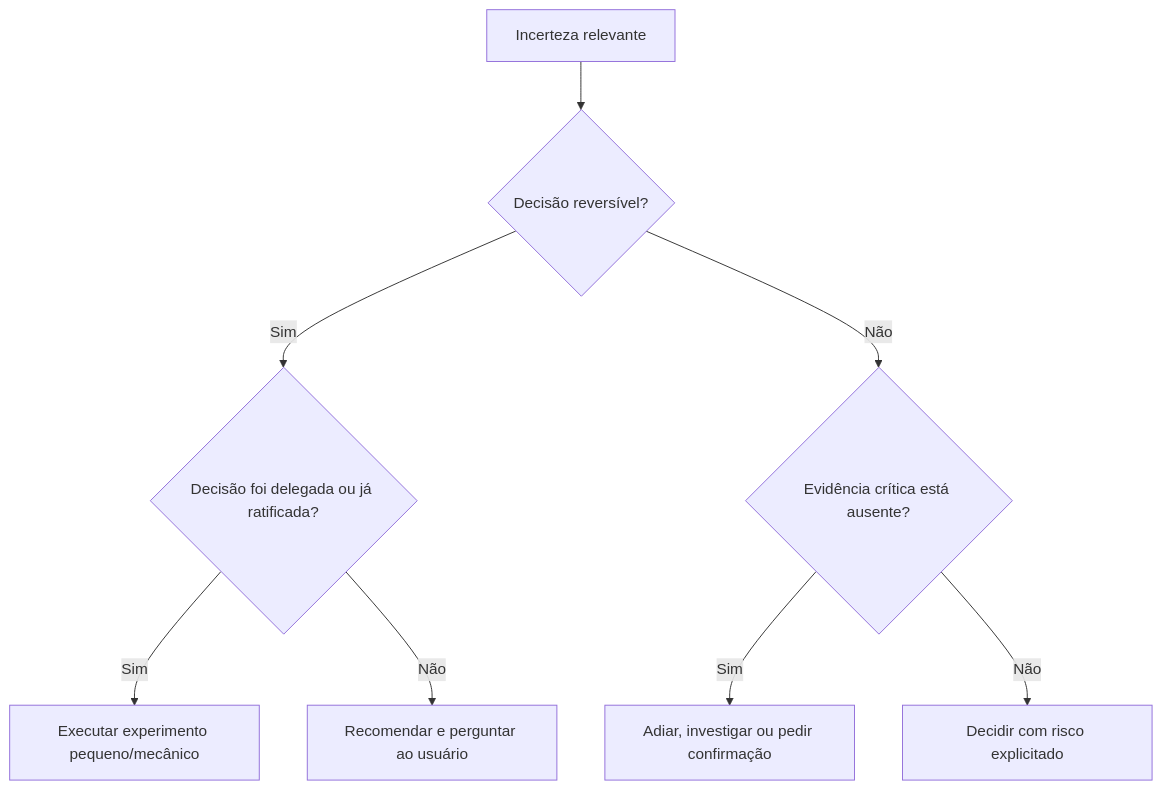
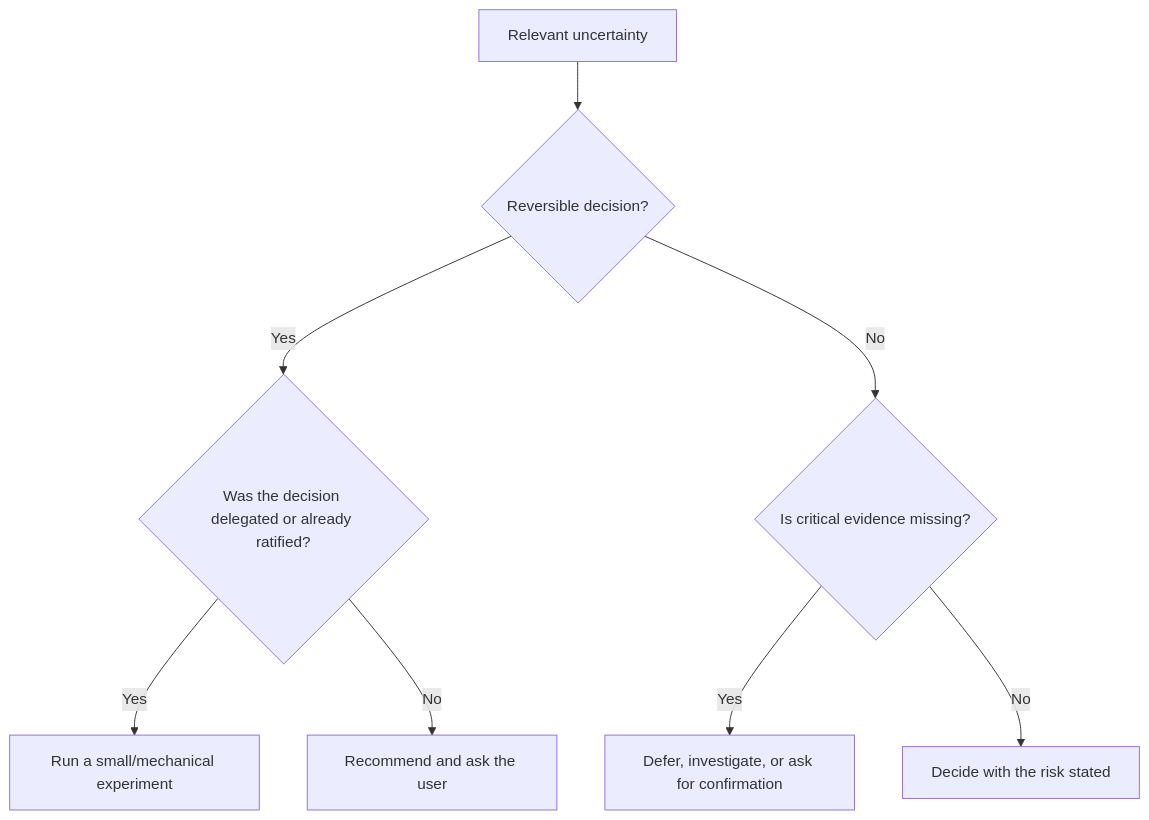
The second of 2 diagrams in dist/.claude/skills/pelizzai-reasoning/techniques/decision-making.md (rpelizza/PelizzAI), drawn with Mermaid before and after one commit. The commit also changed other lines of this file and 362 other files, not shown here.

````diff
--- a/dist/.claude/skills/pelizzai-reasoning/techniques/decision-making.md
+++ b/dist/.claude/skills/pelizzai-reasoning/techniques/decision-making.md
@@ -344,10 +345,10 @@
 ```mermaid
 flowchart TD
-    A[Incerteza relevante] --> B{Decisão reversível?}
-    B -- Sim --> C{Decisão foi delegada ou já ratificada?}
-    C -- Sim --> G[Executar experimento pequeno/mecânico]
-    C -- Não --> H[Recomendar e perguntar ao usuário]
-    B -- Não --> D{Evidência crítica está ausente?}
-    D -- Sim --> E[Adiar, investigar ou pedir confirmação]
-    D -- Não --> F[Decidir com risco explicitado]
+    A[Relevant uncertainty] --> B{Reversible decision?}
+    B -- Yes --> C{Was the decision delegated or already ratified?}
+    C -- Yes --> G[Run a small/mechanical experiment]
+    C -- No --> H[Recommend and ask the user]
+    B -- No --> D{Is critical evidence missing?}
+    D -- Yes --> E[Defer, investigate, or ask for confirmation]
+    D -- No --> F[Decide with the risk stated]
 ```
````
